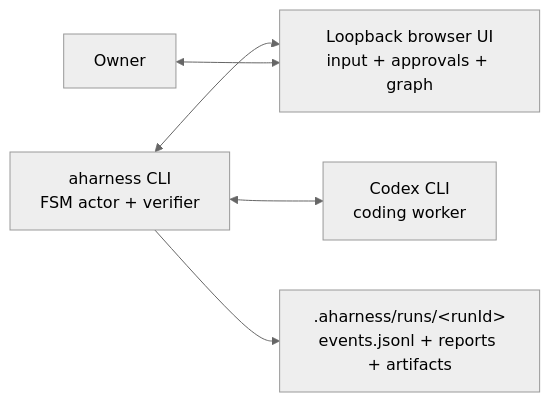
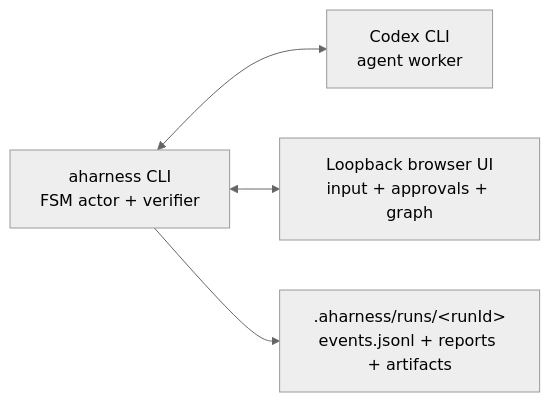
The diagram in README.md (Alfredvc/aharness), drawn with Mermaid (neutral theme) before and after one commit. The commit also changed other lines of this file and 11 other files, not shown here.

````diff
--- a/README.md
+++ b/README.md
@@ -201,13 +245,11 @@
 ```mermaid
 flowchart LR
-    Owner["Owner"]
-    Codex["Codex CLI<br/>coding worker"]
+    Codex["Codex CLI<br/>agent worker"]
     Aharness["aharness CLI<br/>FSM actor + verifier"]
     Browser["Loopback browser UI<br/>input + approvals + graph"]
     Runs[".aharness/runs/&lt;runId&gt;<br/>events.jsonl + reports + artifacts"]
 
     Aharness <--> Codex
     Aharness <--> Browser
-    Owner <--> Browser
     Aharness --> Runs
 ```
````
